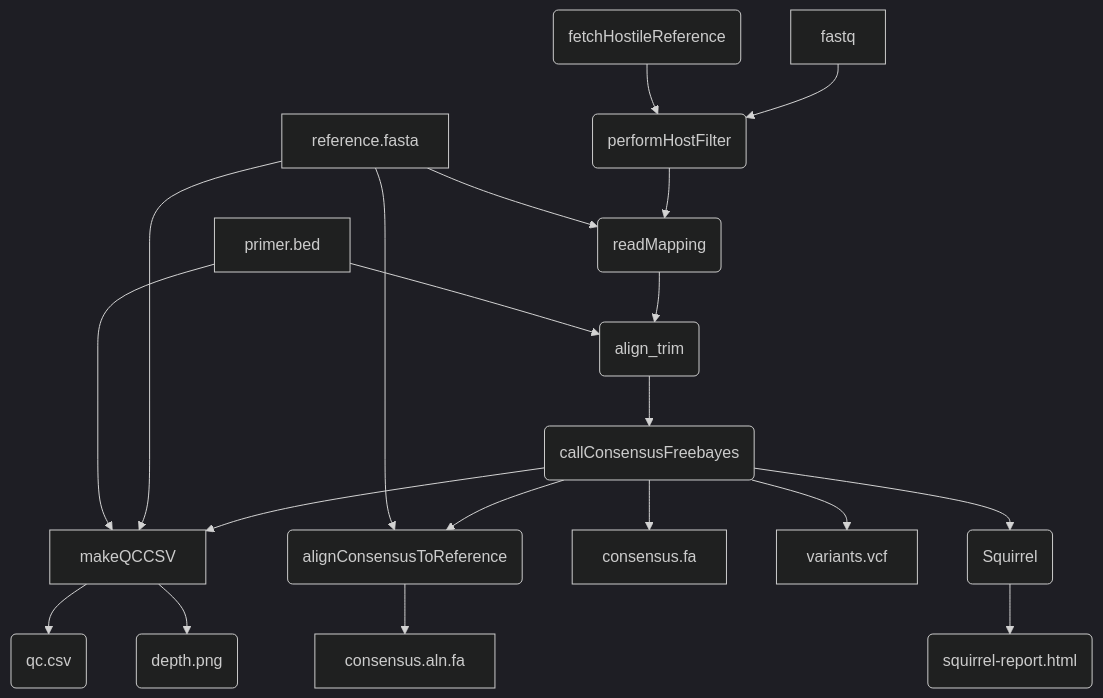
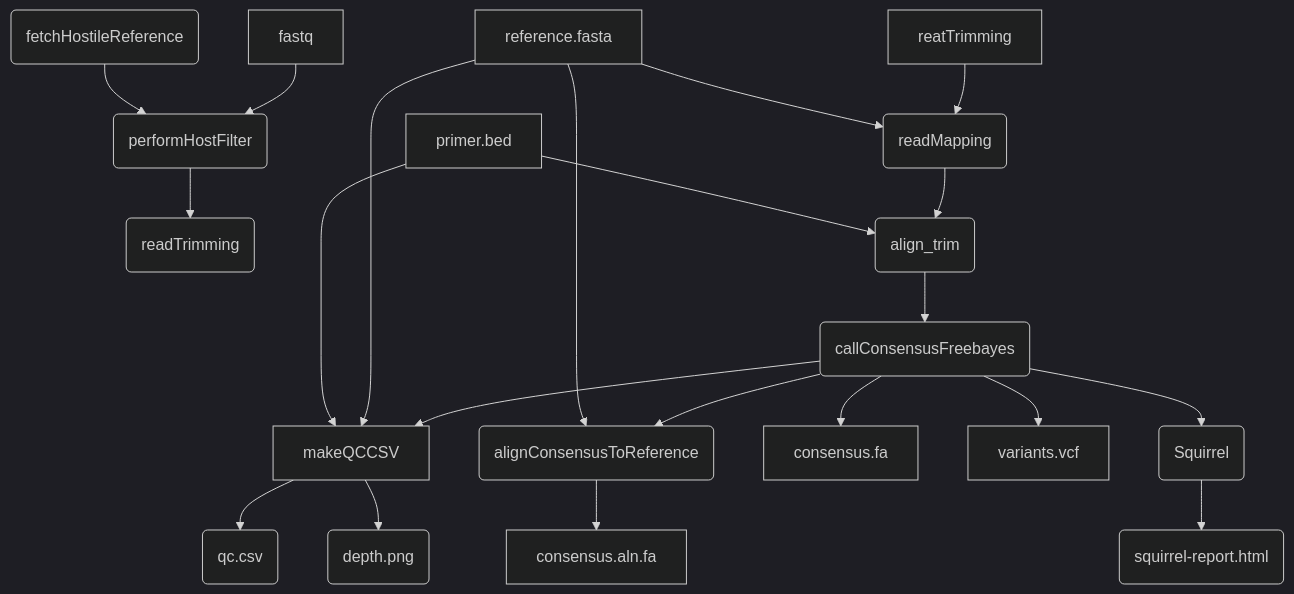
One commit to artic-network/artic-mpxv-illumina-nf changed the diagram in README.md. Above: the diagram before and after it, drawn with Mermaid (dark theme).

Commit message:
Update readme plot

````diff
--- a/README.md
+++ b/README.md
@@ -8,26 +8,27 @@
 ```mermaid
 flowchart TD
   ref[reference.fasta]
   primers[primer.bed]
   fastq[fastq]
   fetchHostileReference(fetchHostileReference)
   fastq --> performHostFilter
   fetchHostileReference --> performHostFilter
-  performHostFilter(performHostFilter) --> readMapping(readMapping)
+  performHostFilter(performHostFilter) --> readTrimming(readTrimming)
+  reatTrimming --> readMapping(readMapping)
   ref --> readMapping(readMapping)
   readMapping(readMapping) --> align_trim(align_trim)
   primers --> align_trim(align_trim)
   align_trim(align_trim) --> callConsensusFreebayes(callConsensusFreebayes)
   callConsensusFreebayes(callConsensusFreebayes) --> alignConsensusToReference(alignConsensusToReference)
   ref --> alignConsensusToReference
   alignConsensusToReference --> consensusAlignment[consensus.aln.fa]
   callConsensusFreebayes --> makeQCCSV
   callConsensusFreebayes --> consensus[consensus.fa]
   callConsensusFreebayes --> variants[variants.vcf]
   callConsensusFreebayes --> Squirrel(Squirrel)
   ref --> makeQCCSV
   primers --> makeQCCSV
   makeQCCSV --> qcCSV(qc.csv)
   makeQCCSV --> depthPNG(depth.png)
   Squirrel --> SquirrelReport(squirrel-report.html)
 ```
````
